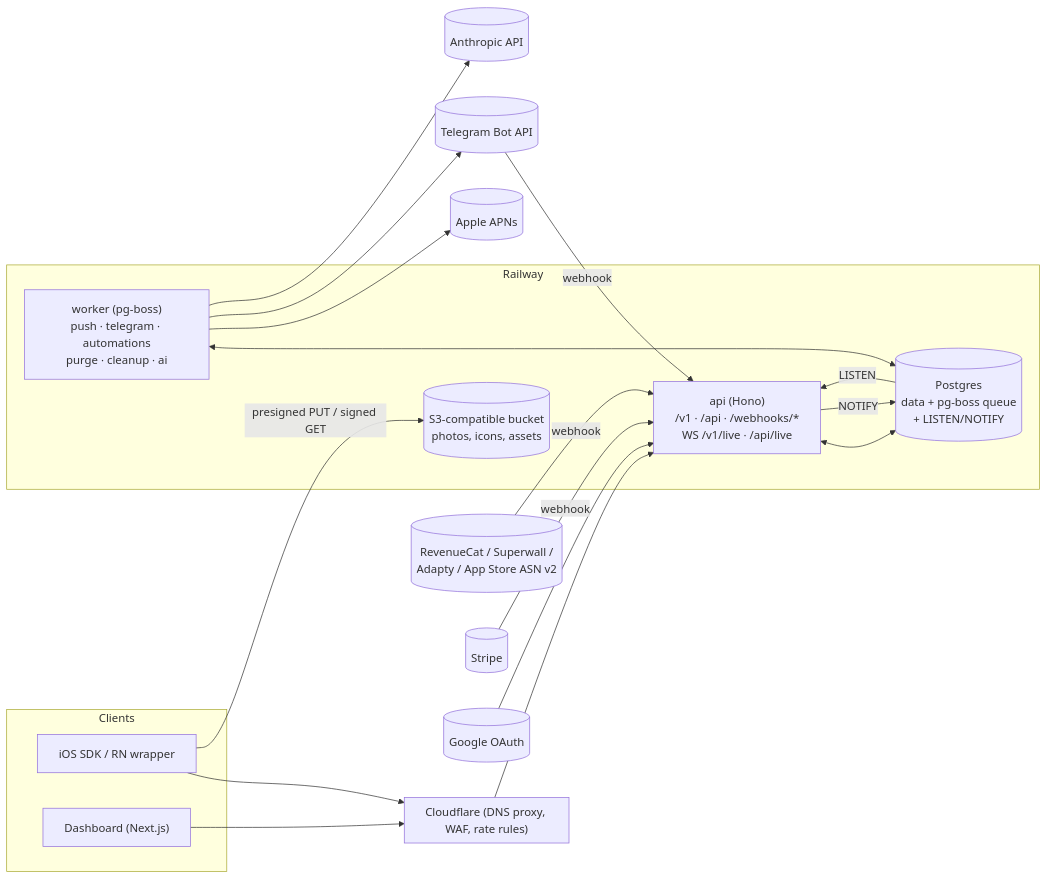
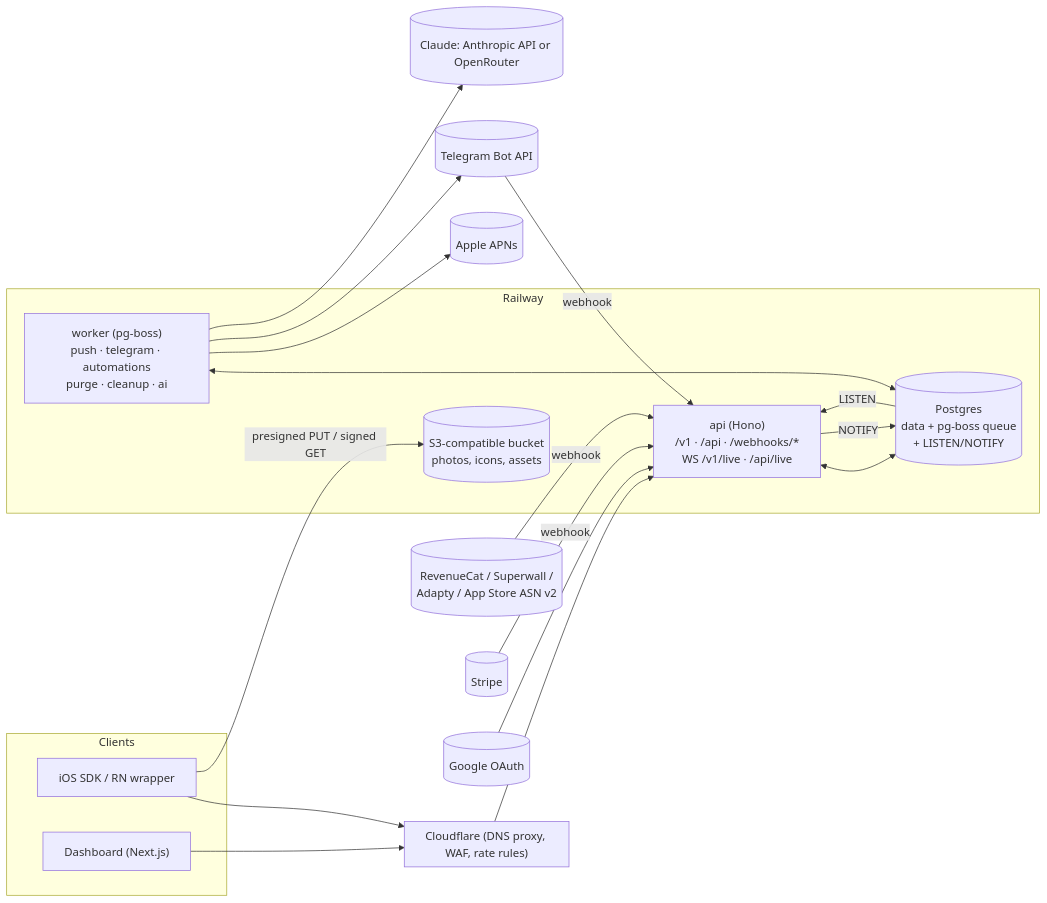
The diagram in docs/BACKEND_PLAN.md (TayoAki/HShelby), drawn with Mermaid before and after one commit. The commit also changed other lines of this file and 12 other files, not shown here.

First line of the commit message:
AI replies can run on Claude through OpenRouter

````diff
--- a/docs/BACKEND_PLAN.md
+++ b/docs/BACKEND_PLAN.md
@@ -243,35 +244,35 @@
 ```mermaid
 flowchart LR
   subgraph Clients
     SDK["iOS SDK / RN wrapper"]
     DASH["Dashboard (Next.js)"]
   end
   subgraph Edge["Cloudflare (DNS proxy, WAF, rate rules)"]
   end
   subgraph Railway
     API["api (Hono)<br/>/v1 · /api · /webhooks/*<br/>WS /v1/live · /api/live"]
     WORKER["worker (pg-boss)<br/>push · telegram · automations<br/>purge · cleanup · ai"]
     PG[("Postgres<br/>data + pg-boss queue<br/>+ LISTEN/NOTIFY")]
     BUCKET[("S3-compatible bucket<br/>photos, icons, assets")]
   end
   APNS[(Apple APNs)]
   TG[(Telegram Bot API)]
   SUBS[(RevenueCat / Superwall /<br/>Adapty / App Store ASN v2)]
   STRIPE[(Stripe)]
   GOOGLE[(Google OAuth)]
-  CLAUDE[(Anthropic API)]
+  CLAUDE[(Claude: Anthropic API or OpenRouter)]
 
   SDK --> Edge --> API
   DASH --> Edge
   SDK -- presigned PUT / signed GET --> BUCKET
   API <--> PG
   WORKER <--> PG
   API -- NOTIFY --> PG -- LISTEN --> API
   WORKER --> APNS
   WORKER --> TG
   TG -- webhook --> API
   SUBS -- webhook --> API
   STRIPE -- webhook --> API
   GOOGLE --> API
   WORKER --> CLAUDE
 ```
````
